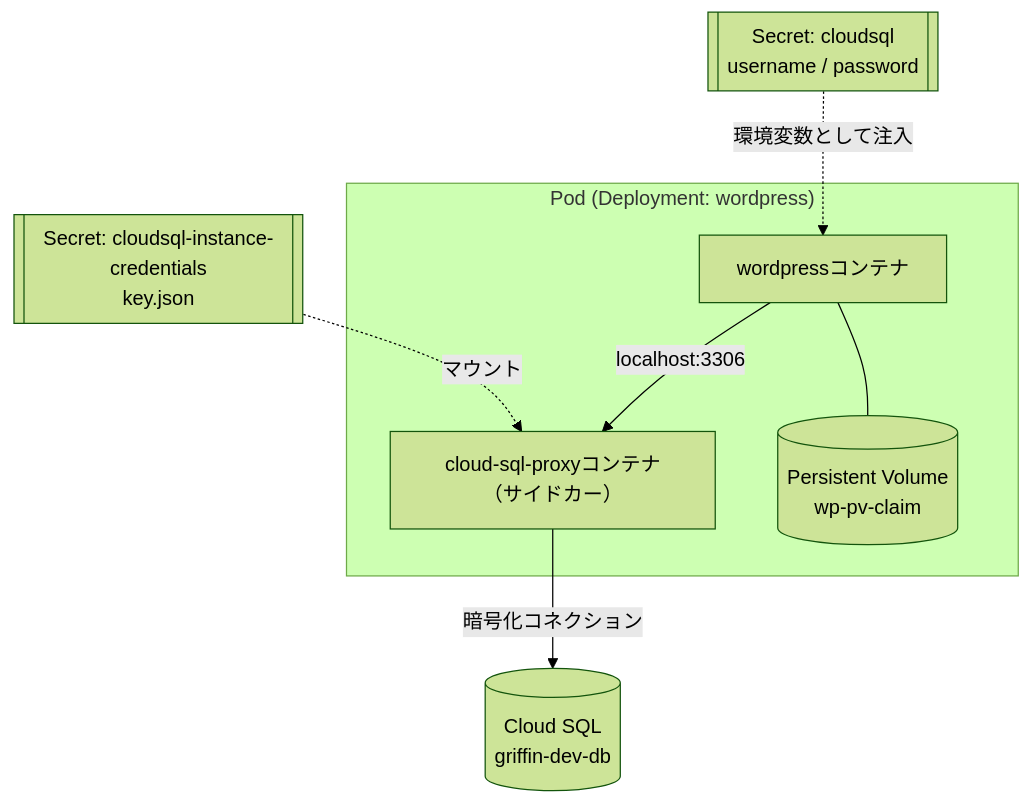
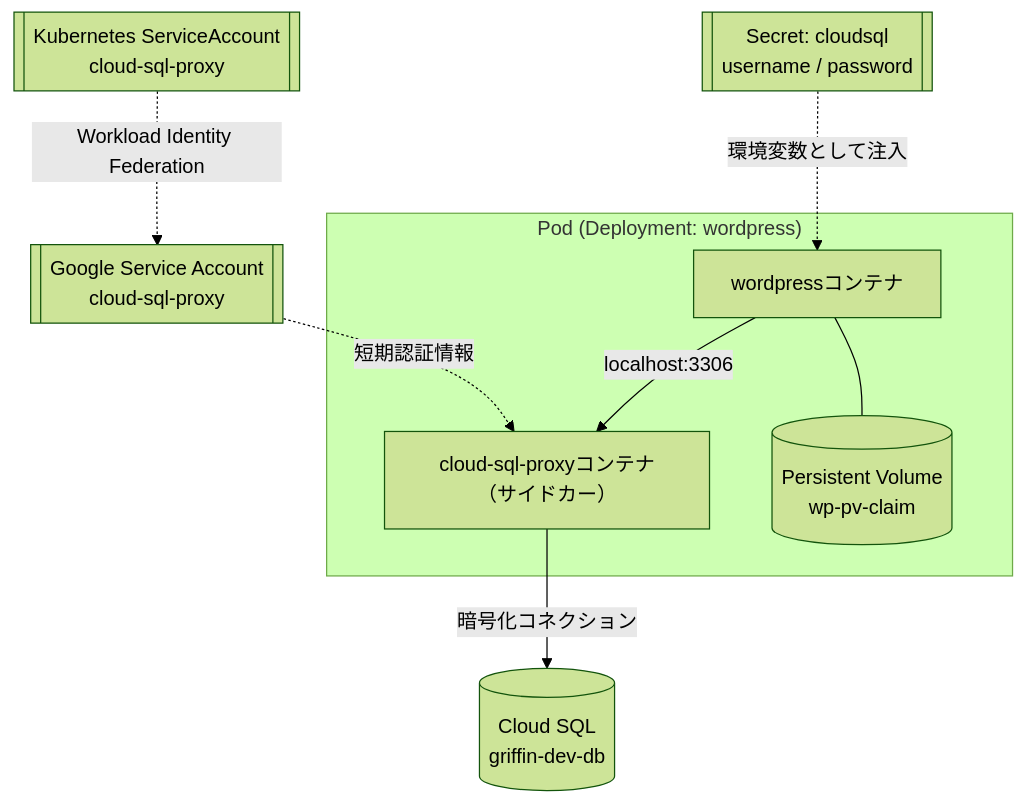
Before and after one commit to myoshi2891/Cloud-Infrastructure-Studies: the third of 3 diagrams in Griffin-wordpress-gke-guide.md, drawn with Mermaid (forest theme). The commit also changed other lines of this file, not shown here.

````diff
--- a/Griffin-wordpress-gke-guide.md
+++ b/Griffin-wordpress-gke-guide.md
@@ -319,18 +397,20 @@
 ```mermaid
 flowchart TB
     subgraph POD["Pod (Deployment: wordpress)"]
         WP["wordpressコンテナ"]
         PROXY["cloud-sql-proxyコンテナ（サイドカー）"]
         VOL[("Persistent Volume<br/>wp-pv-claim")]
     end
 
     SEC1[["Secret: cloudsql<br/>username / password"]]
-    SEC2[["Secret: cloudsql-instance-credentials<br/>key.json"]]
+    KSA[["Kubernetes ServiceAccount<br/>cloud-sql-proxy"]]
+    GSA[["Google Service Account<br/>cloud-sql-proxy"]]
     SQL[("Cloud SQL<br/>griffin-dev-db")]
 
     SEC1 -. 環境変数として注入 .-> WP
-    SEC2 -. マウント .-> PROXY
+    KSA -. Workload Identity Federation .-> GSA
+    GSA -. 短期認証情報 .-> PROXY
     WP -- "localhost:3306" --> PROXY
     PROXY -- 暗号化コネクション --> SQL
     WP --- VOL
 ```
````
